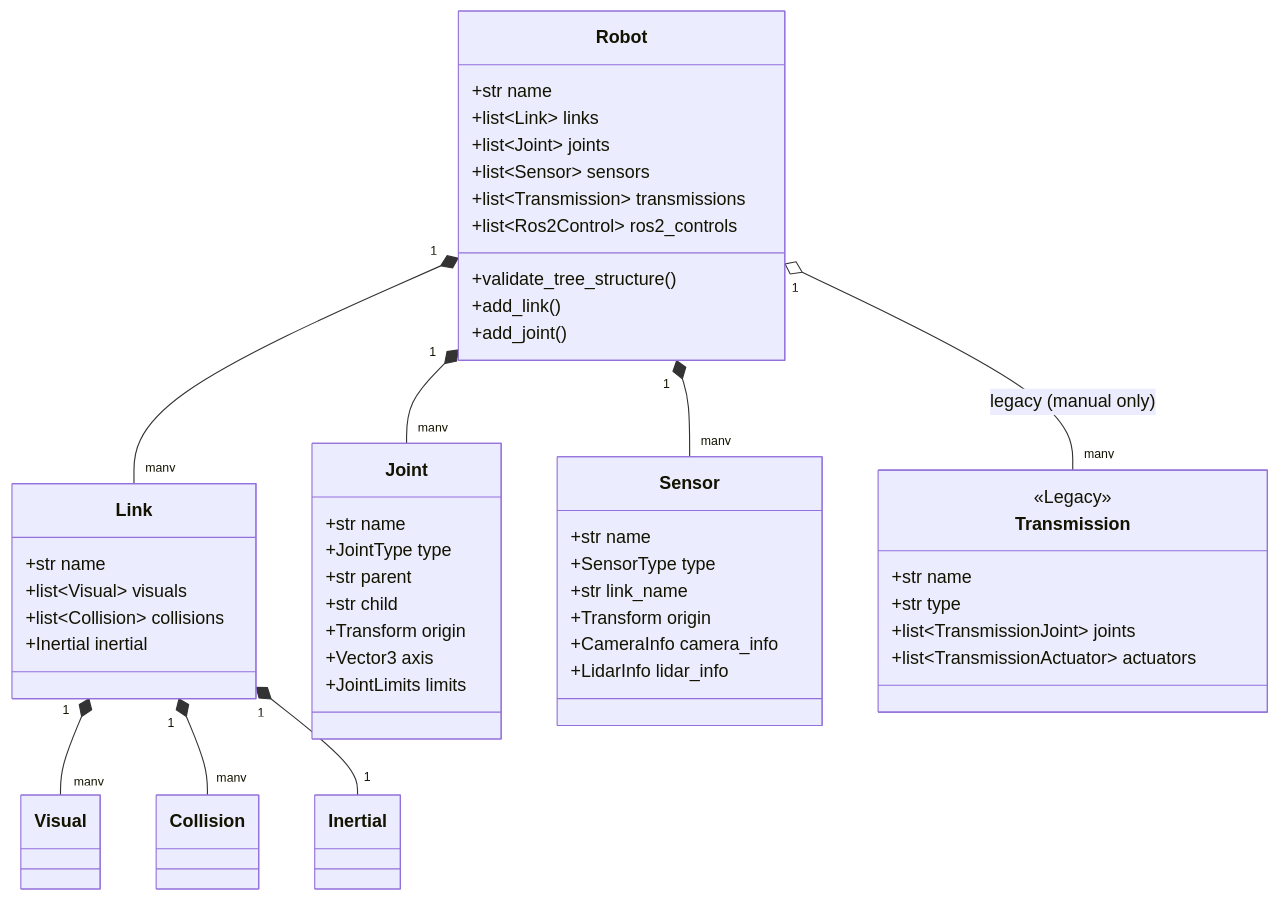
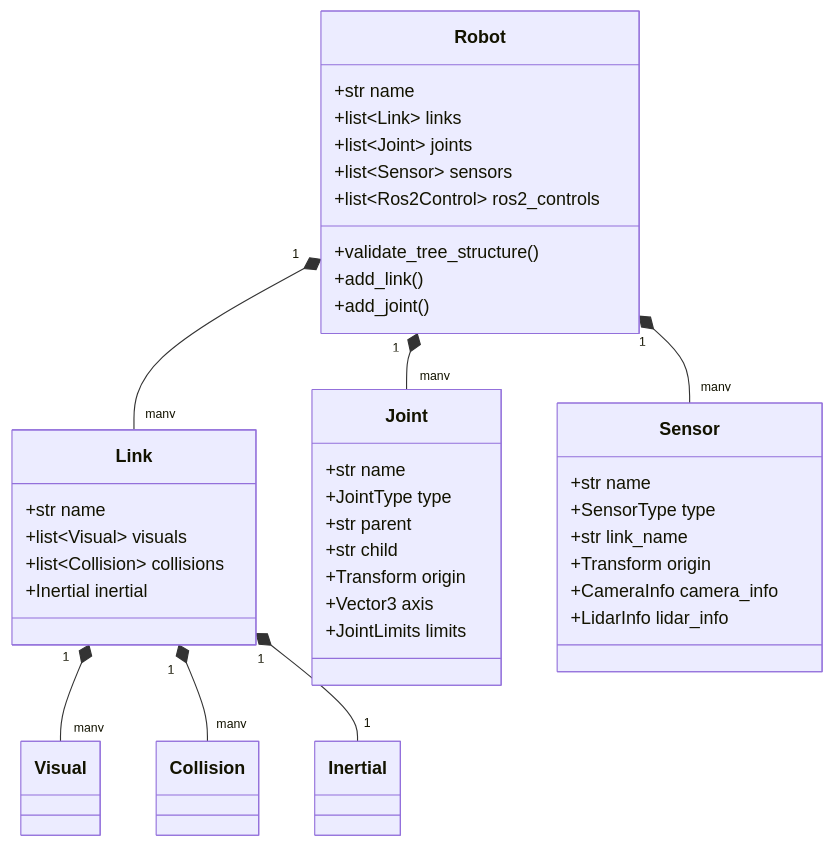
Before and after one commit to arounamounchili/linkforge: the sixth of 8 diagrams in ARCHITECTURE.md, drawn with Mermaid. The commit also changed other lines of this file, not shown here.

Commit message:
docs: update architecture diagrams and patterns for v1.2.0 data flow

````diff
--- a/ARCHITECTURE.md
+++ b/ARCHITECTURE.md
@@ -204,56 +206,46 @@
 ```mermaid
 classDiagram
     class Robot {
         +str name
         +list~Link~ links
         +list~Joint~ joints
         +list~Sensor~ sensors
-        +list~Transmission~ transmissions
         +list~Ros2Control~ ros2_controls
         +validate_tree_structure()
         +add_link()
         +add_joint()
     }
 
     class Link {
         +str name
         +list~Visual~ visuals
         +list~Collision~ collisions
         +Inertial inertial
     }
 
     class Joint {
         +str name
         +JointType type
         +str parent
         +str child
         +Transform origin
         +Vector3 axis
         +JointLimits limits
     }
 
     class Sensor {
         +str name
         +SensorType type
         +str link_name
         +Transform origin
         +CameraInfo camera_info
         +LidarInfo lidar_info
     }
 
-    class Transmission {
-        <<Legacy>>
-        +str name
-        +str type
-        +list~TransmissionJoint~ joints
-        +list~TransmissionActuator~ actuators
-    }
-
     Robot "1" *-- "many" Link
     Robot "1" *-- "many" Joint
     Robot "1" *-- "many" Sensor
-    Robot "1" o-- "many" Transmission : legacy (manual only)
     Link "1" *-- "many" Visual
     Link "1" *-- "many" Collision
     Link "1" *-- "1" Inertial
 ```
````
